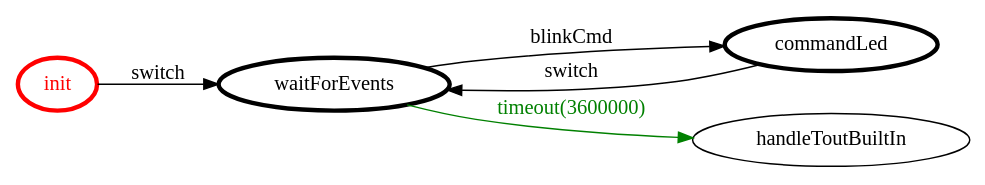
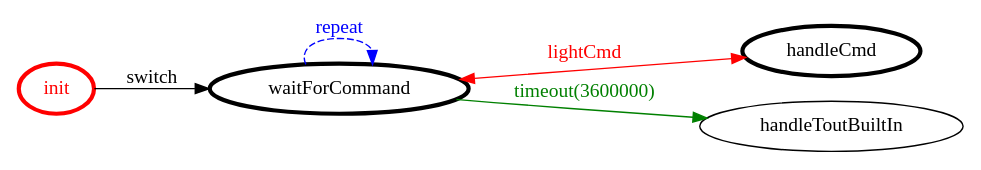
Before and after one commit to FFrabetti/ProgettoISS_relazione: the diagram in it.unibo.finalTask2018/srcMore/it/unibo/huelampagent/huelampagent.gv, drawn with Graphviz. The commit also changed 53 other files, not shown here.

```diff
--- a/it.unibo.finalTask2018/srcMore/it/unibo/huelampagent/huelampagent.gv
+++ b/it.unibo.finalTask2018/srcMore/it/unibo/huelampagent/huelampagent.gv
@@ -1,20 +1,20 @@
 /*
 *
 * A GraphViz DOT FSM description 
 * Please use a GraphViz visualizer (like http://www.webgraphviz.com)
 *  
 */
 
 digraph finite_state_machine {
 	rankdir=LR
 	size="8,5"
 	
 	init [ color = red ][ fontcolor = red ][ penwidth = 3 ]
-	waitForEvents [ color = black ][ fontcolor = black ][ penwidth = 3 ]
-	commandLed [ color = black ][ fontcolor = black ][ penwidth = 3 ]
+	handleCmd [ color = black ][ fontcolor = black ][ penwidth = 3 ]
+	waitForCommand [ color = black ][ fontcolor = black ][ penwidth = 3 ]
 	
-	init -> waitForEvents [ label = "switch" ][ color = black ][ fontcolor = black ]
-	waitForEvents -> handleToutBuiltIn [ label = "timeout(3600000)" ][ color = green ][ fontcolor = green ]
-	commandLed -> waitForEvents [ label = "switch" ][ color = black ][ fontcolor = black ]
-	waitForEvents -> commandLed [ label = "blinkCmd" ][ color = black ][ fontcolor = black ]
+	waitForCommand -> handleToutBuiltIn [ label = "timeout(3600000)" ][ color = green ][ fontcolor = green ]
+	waitForCommand -> handleCmd [ label = "lightCmd" ][ color = red ][ fontcolor = red ][ dir = both ]
+	init -> waitForCommand [ label = "switch" ][ color = black ][ fontcolor = black ]
+	waitForCommand -> waitForCommand [ label = "repeat "][ style = dashed ][ color = blue ][ fontcolor = blue ]
 }
```
